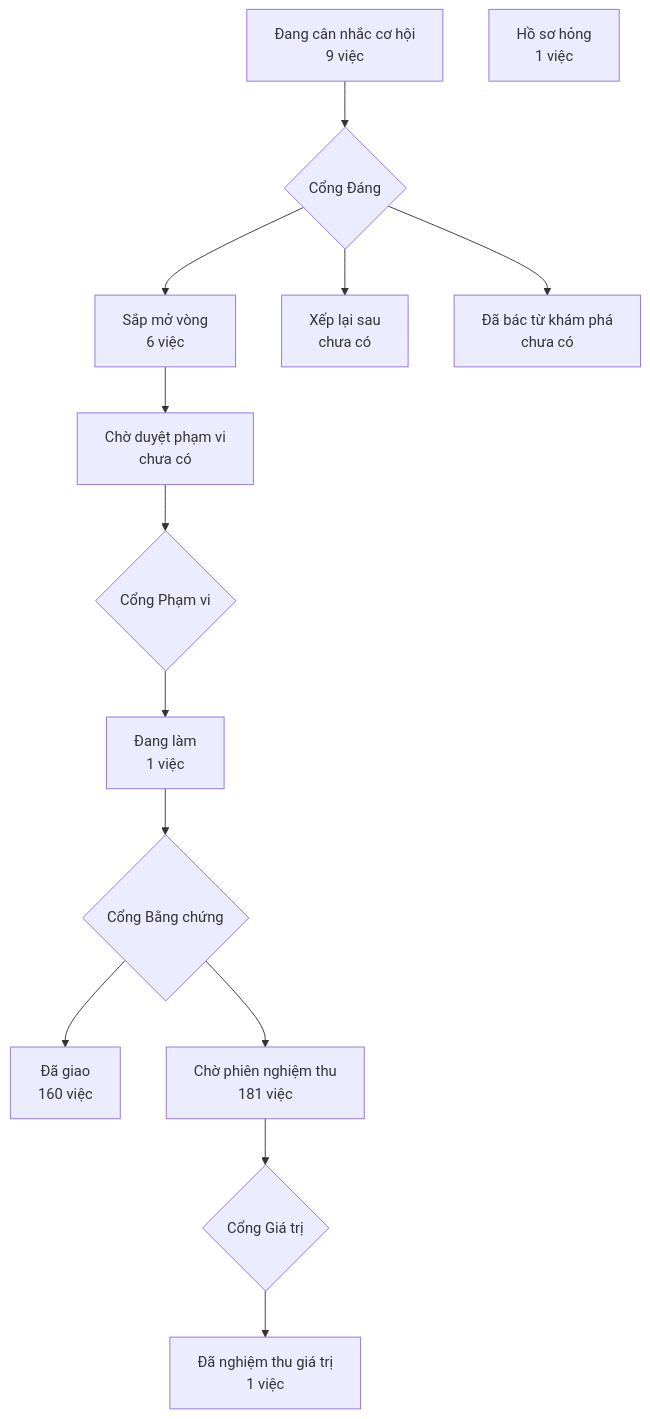
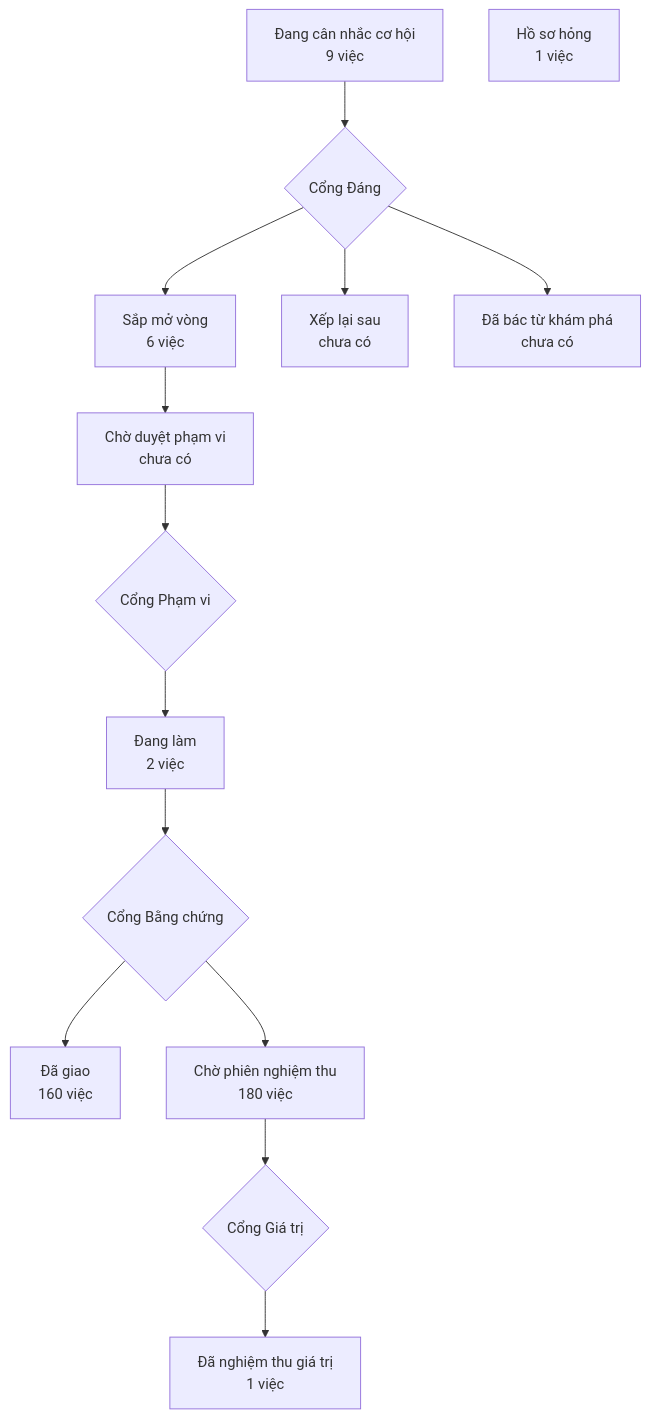
One commit to phanlemanh/crm-onehub changed the diagram in PRODUCT-MAP.md. Above: the diagram before and after it, drawn with Mermaid. The commit also changed 3 other files, not shown here.

````diff
--- a/PRODUCT-MAP.md
+++ b/PRODUCT-MAP.md
@@ -7,13 +7,13 @@
 ```mermaid
 flowchart TD
   A["Đang cân nhắc cơ hội<br/>9 việc"] --> GD{"Cổng Đáng"}
   GD --> B["Sắp mở vòng<br/>6 việc"]
   GD --> XL["Xếp lại sau<br/>chưa có"]
   GD --> DB["Đã bác từ khám phá<br/>chưa có"]
   B --> CD["Chờ duyệt phạm vi<br/>chưa có"] --> GP{"Cổng Phạm vi"}
-  GP --> DL["Đang làm<br/>1 việc"] --> GB{"Cổng Bằng chứng"}
+  GP --> DL["Đang làm<br/>2 việc"] --> GB{"Cổng Bằng chứng"}
   GB --> DG["Đã giao<br/>160 việc"]
-  GB --> CN["Chờ phiên nghiệm thu<br/>181 việc"] --> GG{"Cổng Giá trị"}
+  GB --> CN["Chờ phiên nghiệm thu<br/>180 việc"] --> GG{"Cổng Giá trị"}
   GG --> NT["Đã nghiệm thu giá trị<br/>1 việc"]
   HS["Hồ sơ hỏng<br/>1 việc"]
 ```
````
